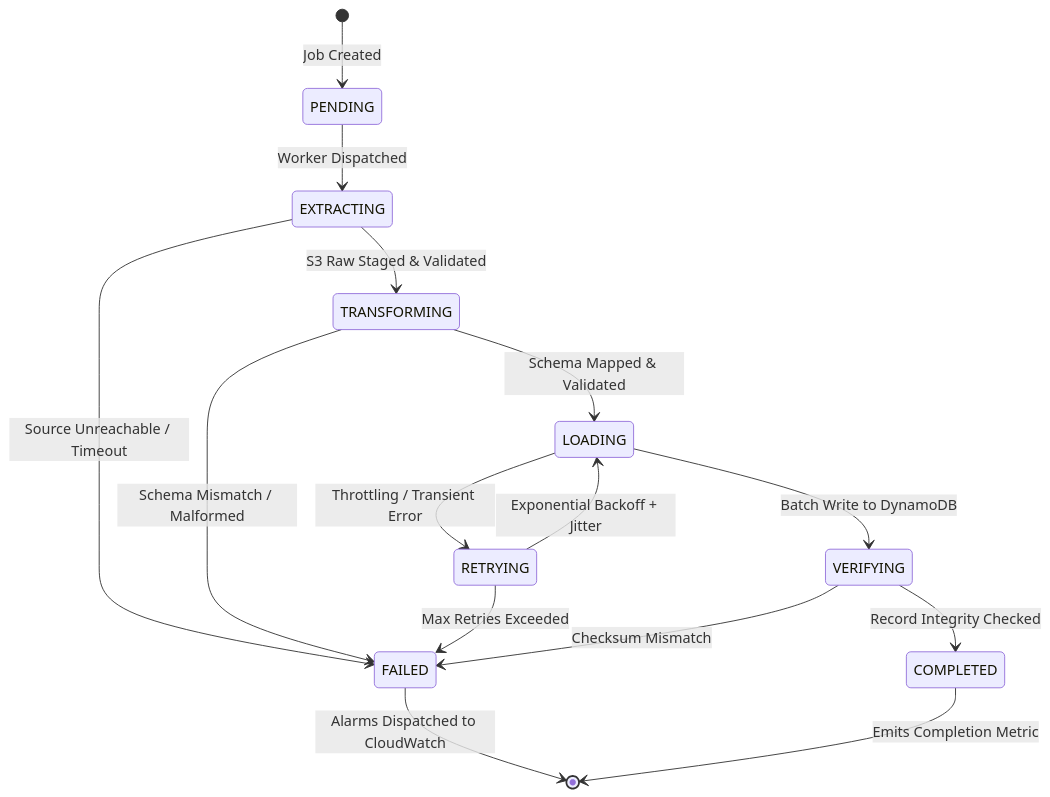
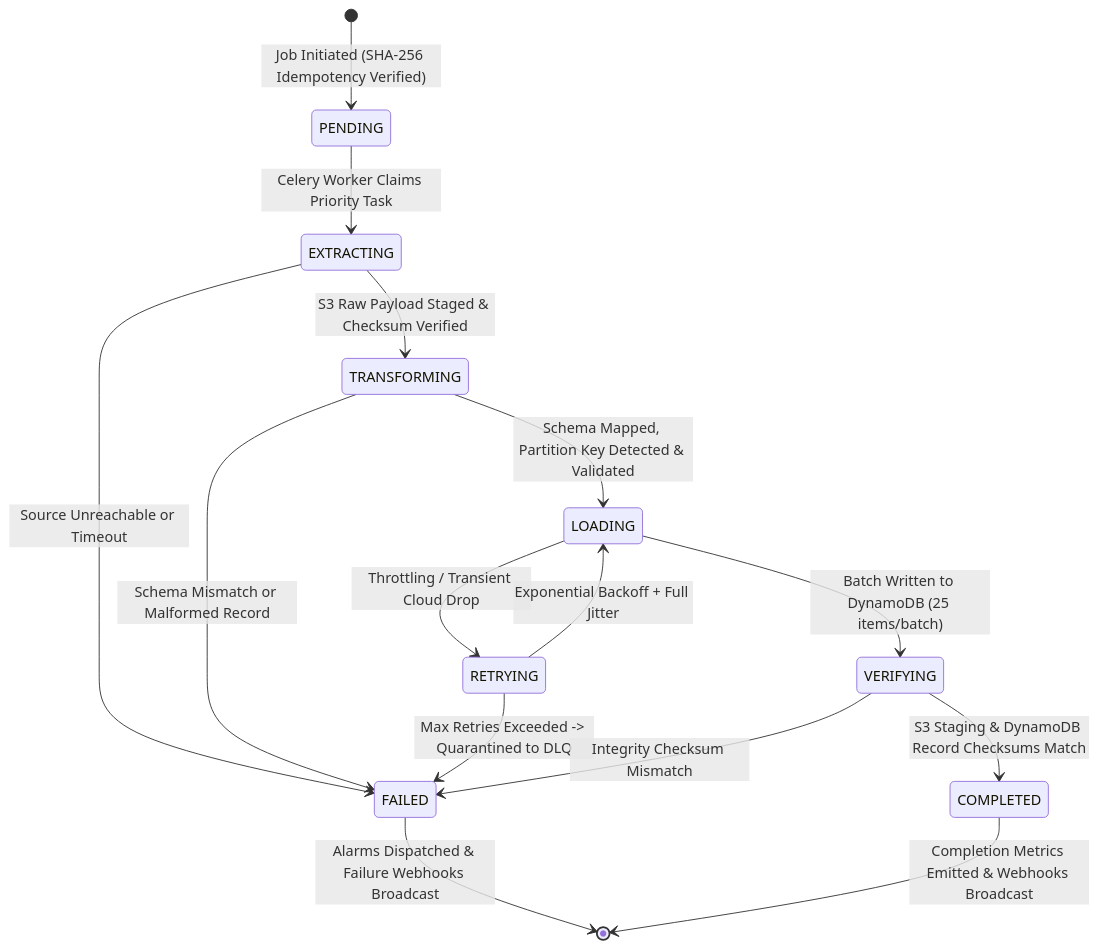
One commit to anuragsinghmusics-wq/aws-cloud-workflow-orchestrator changed the second of 2 diagrams in README.md. Above: the diagram before and after it, drawn with Mermaid. The commit also changed other lines of this file and 143 other files, not shown here.

````diff
--- a/README.md
+++ b/README.md
@@ -72,17 +99,17 @@
 ```mermaid
 stateDiagram-v2
-    [*] --> PENDING: Job Created
-    PENDING --> EXTRACTING: Worker Dispatched
-    EXTRACTING --> TRANSFORMING: S3 Raw Staged & Validated
-    EXTRACTING --> FAILED: Source Unreachable / Timeout
-    TRANSFORMING --> LOADING: Schema Mapped & Validated
-    TRANSFORMING --> FAILED: Schema Mismatch / Malformed
-    LOADING --> VERIFYING: Batch Write to DynamoDB
-    LOADING --> RETRYING: Throttling / Transient Error
-    RETRYING --> LOADING: Exponential Backoff + Jitter
-    RETRYING --> FAILED: Max Retries Exceeded
-    VERIFYING --> COMPLETED: Record Integrity Checked
-    VERIFYING --> FAILED: Checksum Mismatch
-    FAILED --> [*]: Alarms Dispatched to CloudWatch
-    COMPLETED --> [*]: Emits Completion Metric
+    [*] --> PENDING: Job Initiated (SHA-256 Idempotency Verified)
+    PENDING --> EXTRACTING: Celery Worker Claims Priority Task
+    EXTRACTING --> TRANSFORMING: S3 Raw Payload Staged & Checksum Verified
+    EXTRACTING --> FAILED: Source Unreachable or Timeout
+    TRANSFORMING --> LOADING: Schema Mapped, Partition Key Detected & Validated
+    TRANSFORMING --> FAILED: Schema Mismatch or Malformed Record
+    LOADING --> VERIFYING: Batch Written to DynamoDB (25 items/batch)
+    LOADING --> RETRYING: Throttling / Transient Cloud Drop
+    RETRYING --> LOADING: Exponential Backoff + Full Jitter
+    RETRYING --> FAILED: Max Retries Exceeded -> Quarantined to DLQ
+    VERIFYING --> COMPLETED: S3 Staging & DynamoDB Record Checksums Match
+    VERIFYING --> FAILED: Integrity Checksum Mismatch
+    FAILED --> [*]: Alarms Dispatched & Failure Webhooks Broadcast
+    COMPLETED --> [*]: Completion Metrics Emitted & Webhooks Broadcast
 ```
````
